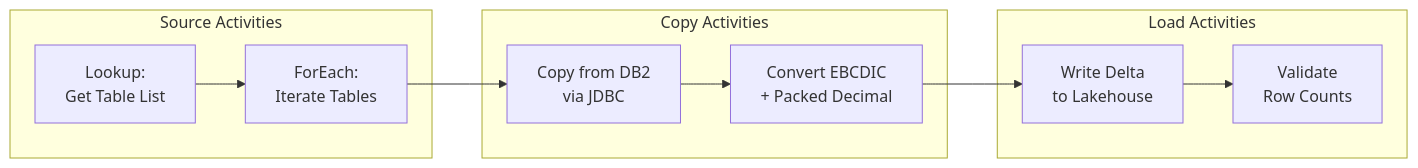
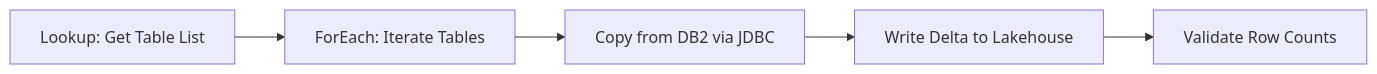
One commit to fgarofalo56/Supercharge_Microsoft_Fabric changed the fourth of 8 diagrams in tutorials/25-ibm-db2-source/README.md. Above: the diagram before and after it, drawn with Mermaid. The commit also changed other lines of this file and 3 other files, not shown here.

````diff
--- a/tutorials/25-ibm-db2-source/README.md
+++ b/tutorials/25-ibm-db2-source/README.md
@@ -953,23 +531,7 @@
 ```mermaid
 flowchart LR
-    subgraph Source["Source Activities"]
-        LOOKUP[Lookup:<br/>Get Table List]
-        FOREACH[ForEach:<br/>Iterate Tables]
-    end
-
-    subgraph Copy["Copy Activities"]
-        COPY_DB2[Copy from DB2<br/>via JDBC]
-        CONVERT[Convert EBCDIC<br/>+ Packed Decimal]
-    end
-
-    subgraph Load["Load Activities"]
-        WRITE_LH[Write Delta<br/>to Lakehouse]
-        VALIDATE[Validate<br/>Row Counts]
-    end
-
-    LOOKUP --> FOREACH
-    FOREACH --> COPY_DB2
-    COPY_DB2 --> CONVERT
-    CONVERT --> WRITE_LH
-    WRITE_LH --> VALIDATE
+    LOOKUP[Lookup: Get Table List] --> FOREACH[ForEach: Iterate Tables]
+    FOREACH --> COPY[Copy from DB2 via JDBC]
+    COPY --> WRITE[Write Delta to Lakehouse]
+    WRITE --> VALIDATE[Validate Row Counts]
 ```
````
